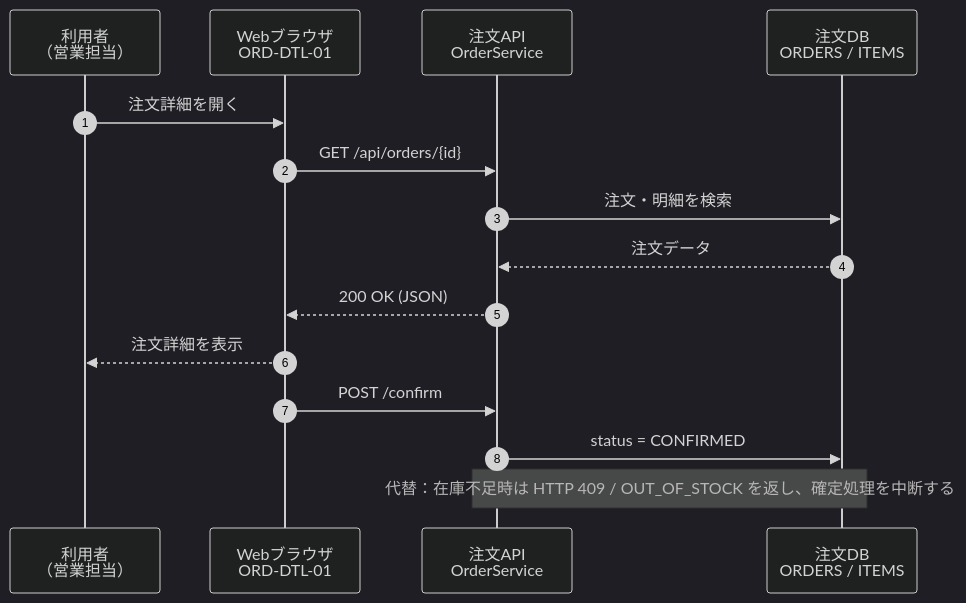
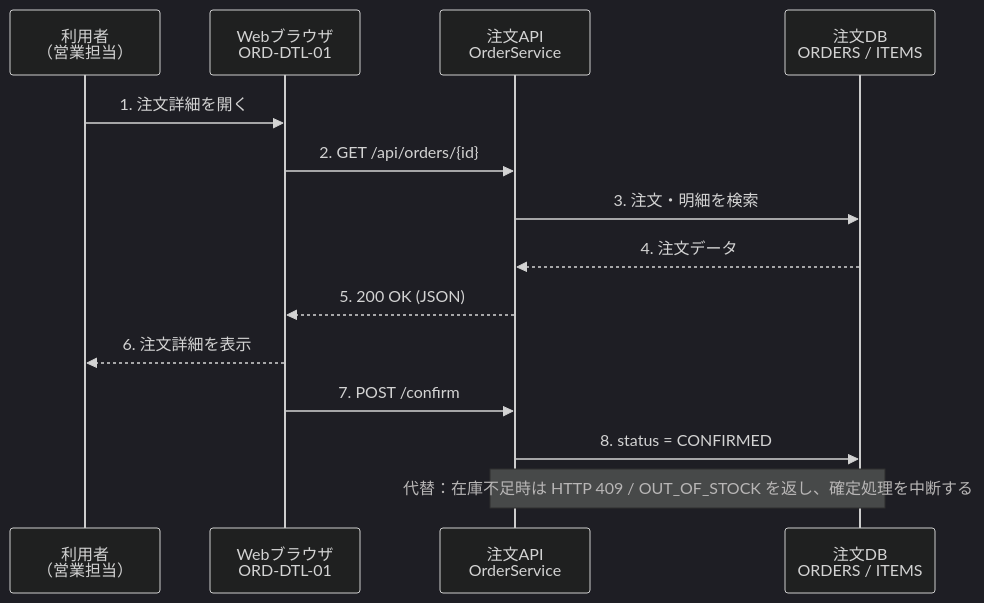
One commit to Takayuki-Ishimaru/docredock changed the first of 2 diagrams in outputs/japanese-system-design-ocr-check/japanese-system-design-ocr-sample.md. Above: the diagram before and after it, drawn with Mermaid (dark theme). The commit also changed other lines of this file and 389 other files, not shown here.

````diff
--- a/outputs/japanese-system-design-ocr-check/japanese-system-design-ocr-sample.md
+++ b/outputs/japanese-system-design-ocr-check/japanese-system-design-ocr-sample.md
@@ -38,17 +33,16 @@
 ```mermaid
 sequenceDiagram
-    autonumber
     participant P1 as 利用者<br/>（営業担当）
     participant P2 as Webブラウザ<br/>ORD-DTL-01
     participant P3 as 注文API<br/>OrderService
     participant P4 as 注文DB<br/>ORDERS / ITEMS
-    P1->>P2: 注文詳細を開く
-    P2->>P3: GET /api/orders/{id}
-    P3->>P4: 注文・明細を検索
-    P4-->>P3: 注文データ
-    P3-->>P2: 200 OK (JSON)
-    P2-->>P1: 注文詳細を表示
-    P2->>P3: POST /confirm
-    P3->>P4: status = CONFIRMED
+    P1->>P2: 1. 注文詳細を開く
+    P2->>P3: 2. GET /api/orders/{id}
+    P3->>P4: 3. 注文・明細を検索
+    P4-->>P3: 4. 注文データ
+    P3-->>P2: 5. 200 OK (JSON)
+    P2-->>P1: 6. 注文詳細を表示
+    P2->>P3: 7. POST /confirm
+    P3->>P4: 8. status = CONFIRMED
     Note over P3,P4: 代替：在庫不足時は HTTP 409 / OUT_OF_STOCK を返し、確定処理を中断する
 ```
````
